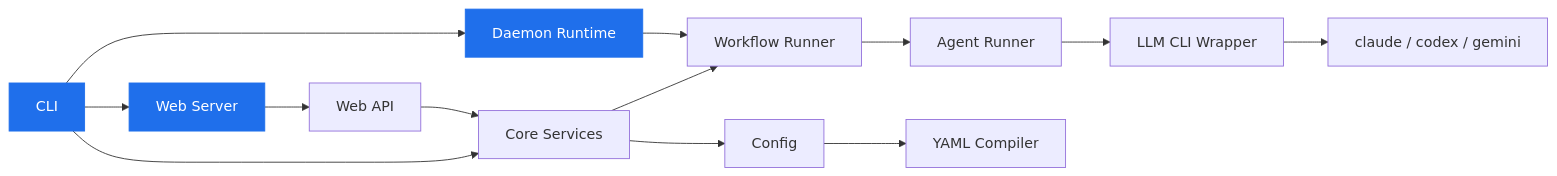
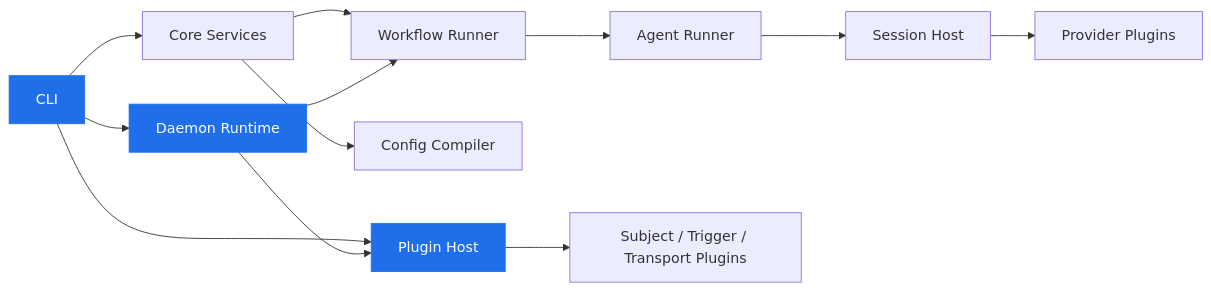
The diagram in README.md (launchapp-dev/ao-cli), drawn with Mermaid before and after one commit. The commit also changed other lines of this file and 27 other files, not shown here.

````diff
--- a/README.md
+++ b/README.md
@@ -498,18 +481,17 @@
 ```mermaid
 graph LR
     A[CLI] --> B[Core Services]
     A --> C[Daemon Runtime]
     B --> D[Workflow Runner]
     D --> E[Agent Runner]
-    E --> F[LLM CLI Wrapper]
-    F --> G[claude / codex / gemini]
-    B --> H[Config]
-    H --> I[YAML Compiler]
-    A --> J[Web Server]
-    J --> K[Web API]
-    K --> B
+    E --> F[Session Host]
+    F --> G[Provider Plugins]
+    B --> H[Config Compiler]
+    A --> I[Plugin Host]
+    C --> I
+    I --> J[Subject / Trigger / Transport Plugins]
     C --> D
     style A fill:#1f6feb,stroke:#1f6feb,color:#fff
     style C fill:#1f6feb,stroke:#1f6feb,color:#fff
-    style J fill:#1f6feb,stroke:#1f6feb,color:#fff
+    style I fill:#1f6feb,stroke:#1f6feb,color:#fff
 ```
````
